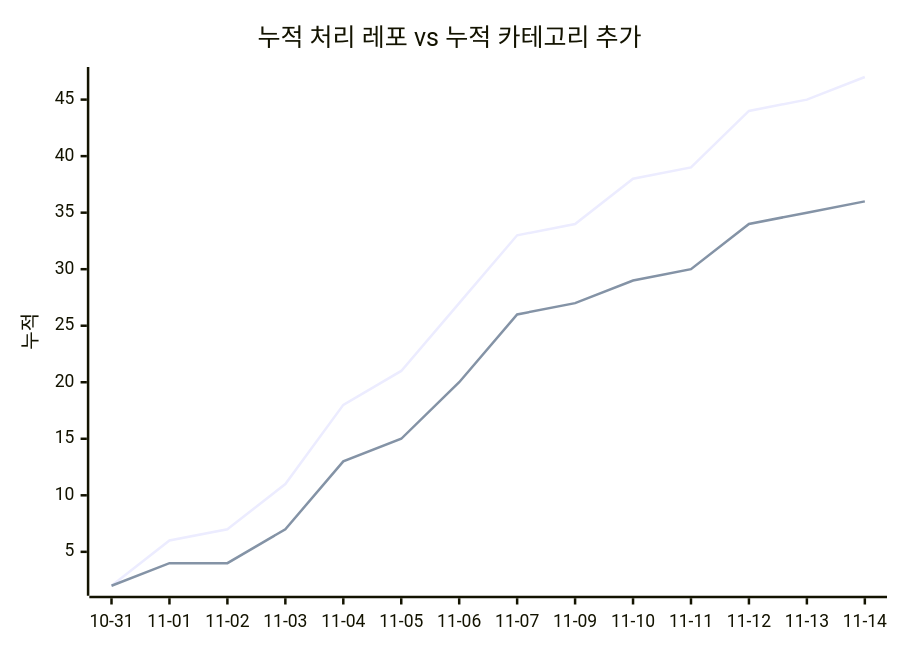
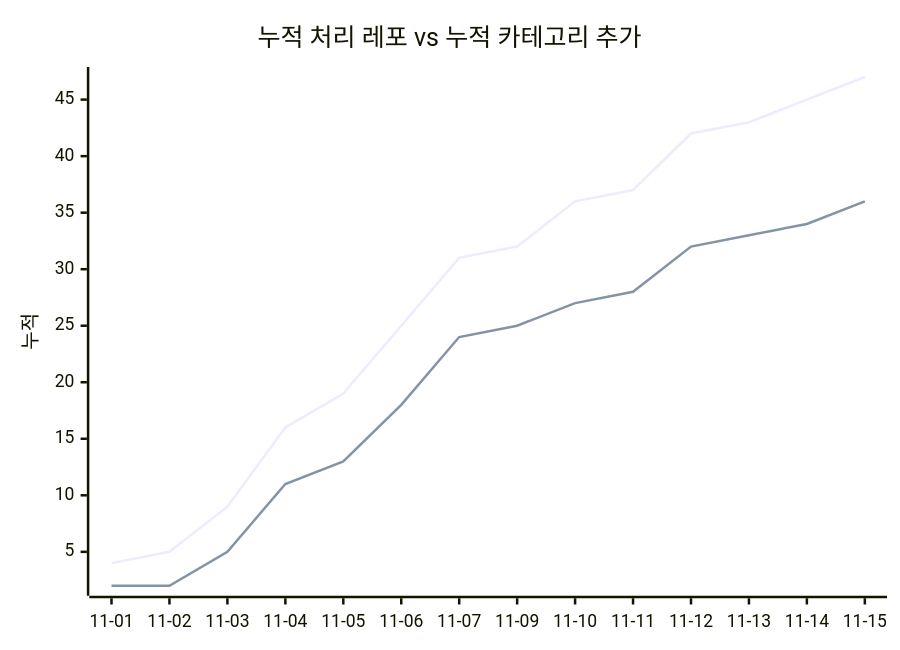
The second of 2 diagrams in docs/trends.md (J-nowcow/awesome-korean-agent-skills), drawn with Mermaid before and after one commit. The commit also changed other lines of this file and 5 other files, not shown here.

````diff
--- a/docs/trends.md
+++ b/docs/trends.md
@@ -68,8 +68,8 @@
 ```mermaid
 xychart-beta
     title "누적 처리 레포 vs 누적 카테고리 추가"
-    x-axis ["10-31","11-01","11-02","11-03","11-04","11-05","11-06","11-07","11-09","11-10","11-11","11-12","11-13","11-14"]
+    x-axis ["11-01","11-02","11-03","11-04","11-05","11-06","11-07","11-09","11-10","11-11","11-12","11-13","11-14","11-15"]
     y-axis "누적"
-    line [2,6,7,11,18,21,27,33,34,38,39,44,45,47]
-    line [2,4,4,7,13,15,20,26,27,29,30,34,35,36]
+    line [4,5,9,16,19,25,31,32,36,37,42,43,45,47]
+    line [2,2,5,11,13,18,24,25,27,28,32,33,34,36]
 ```
````
